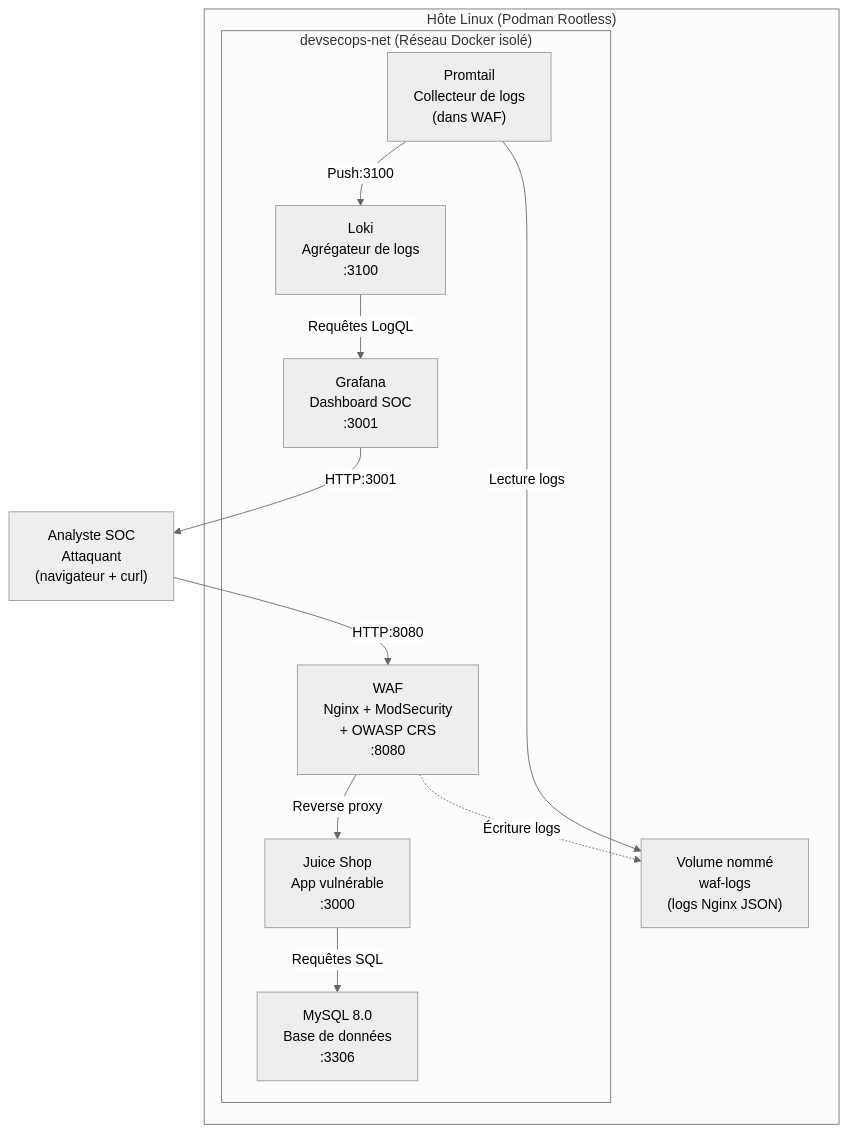
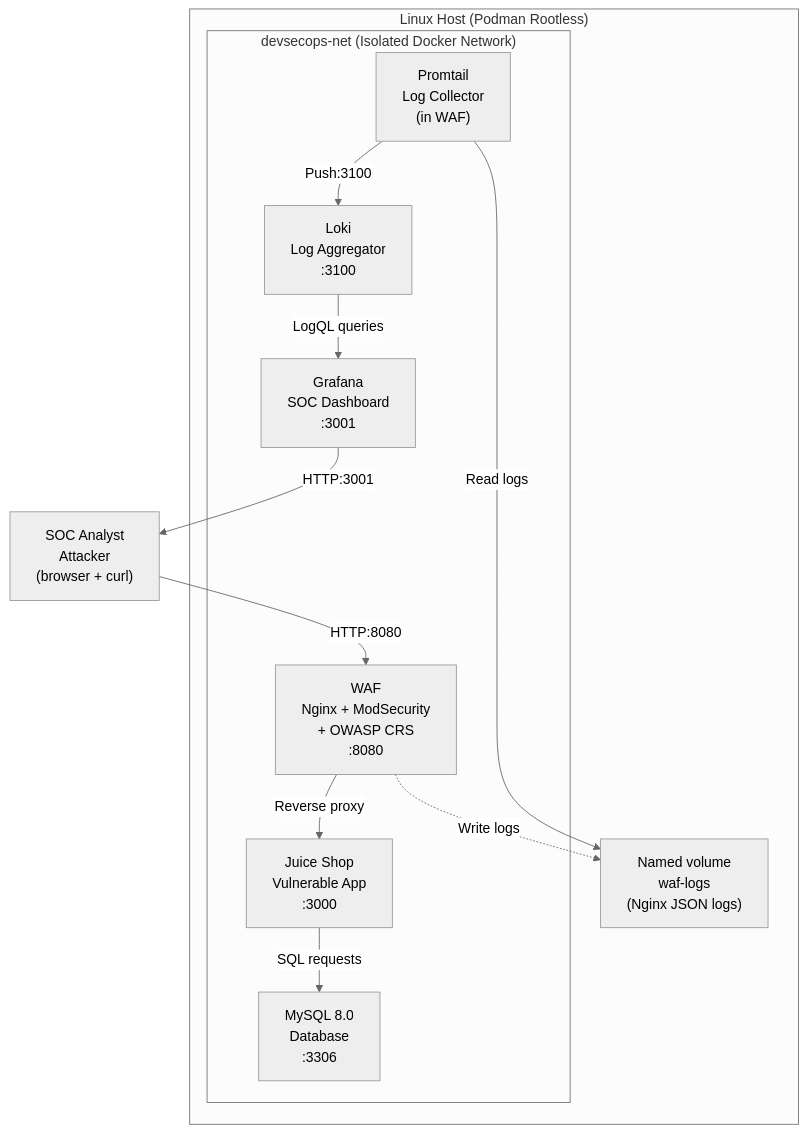
Before and after one commit to 4rthur-Root/DevSecOps-web-lab: the diagram in docs/architecture.md, drawn with Mermaid (neutral theme). The commit also changed other lines of this file and 7 other files, not shown here.

````diff
--- a/docs/architecture.md
+++ b/docs/architecture.md
@@ -5,48 +5,48 @@
 ```mermaid
 graph TB
-    subgraph "Hôte Linux (Podman Rootless)"
-        subgraph "devsecops-net (Réseau Docker isolé)"
+    subgraph "Linux Host (Podman Rootless)"
+        subgraph "devsecops-net (Isolated Docker Network)"
             WAF["WAF
                 Nginx + ModSecurity
                 + OWASP CRS
                 :8080"]
             
             JS["Juice Shop
-                App vulnérable
+                Vulnerable App
                 :3000"]
             
             DB["MySQL 8.0
-                Base de données
+                Database
                 :3306"]
             
             LOKI["Loki
-                Agrégateur de logs
+                Log Aggregator
                 :3100"]
             
             GRAFANA["Grafana
-                Dashboard SOC
+                SOC Dashboard
                 :3001"]
             
             PROMTAIL["Promtail
-                Collecteur de logs
-                (dans WAF)"]
+                Log Collector
+                (in WAF)"]
         end
 
-        VOL["Volume nommé
+        VOL["Named volume
             waf-logs
-            (logs Nginx JSON)"]
+            (Nginx JSON logs)"]
     end
 
-    USER["Analyste SOC
-        Attaquant
-        (navigateur + curl)"]
+    USER["SOC Analyst
+        Attacker
+        (browser + curl)"]
 
     USER -->|HTTP:8080| WAF
     WAF -->|Reverse proxy| JS
-    JS -->|Requêtes SQL| DB
-    WAF -.->|Écriture logs| VOL
-    PROMTAIL -->|Lecture logs| VOL
+    JS -->|SQL requests| DB
+    WAF -.->|Write logs| VOL
+    PROMTAIL -->|Read logs| VOL
     PROMTAIL -->|Push:3100| LOKI
-    LOKI -->|Requêtes LogQL| GRAFANA
+    LOKI -->|LogQL queries| GRAFANA
     GRAFANA -->|HTTP:3001| USER
 ```
````
